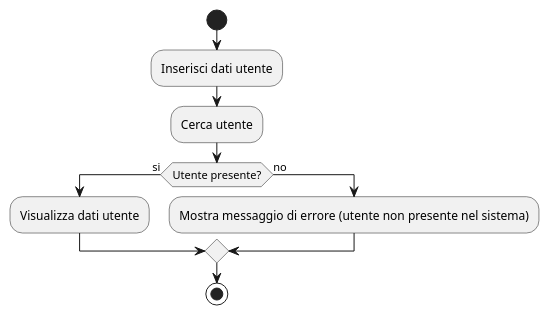
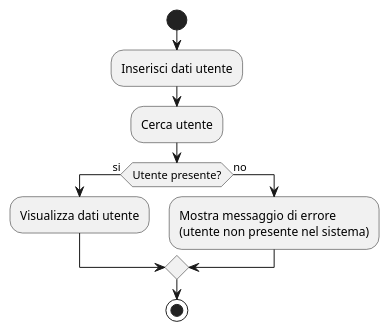
One commit to Meziu/easylibrary changed the diagram in docs/uml/DiagrammiAttività/DiagrammaRicercaUtente.puml. Above: the diagram before and after it, drawn with PlantUML. The commit also changed 5 other files, not shown here.

Commit message:
Migliorie diagrammi di attività

```diff
--- a/docs/uml/DiagrammiAttività/DiagrammaRicercaUtente.puml
+++ b/docs/uml/DiagrammiAttività/DiagrammaRicercaUtente.puml
@@ -1,12 +1,13 @@
 @startuml
 start
 :Inserisci dati utente;
 :Cerca utente;
 
 if (Utente presente?) then (si)
     :Visualizza dati utente;
 else (no)
-    :Mostra messaggio di errore (utente non presente nel sistema);
+    :Mostra messaggio di errore
+    (utente non presente nel sistema);
 endif
 stop
 @enduml
```
